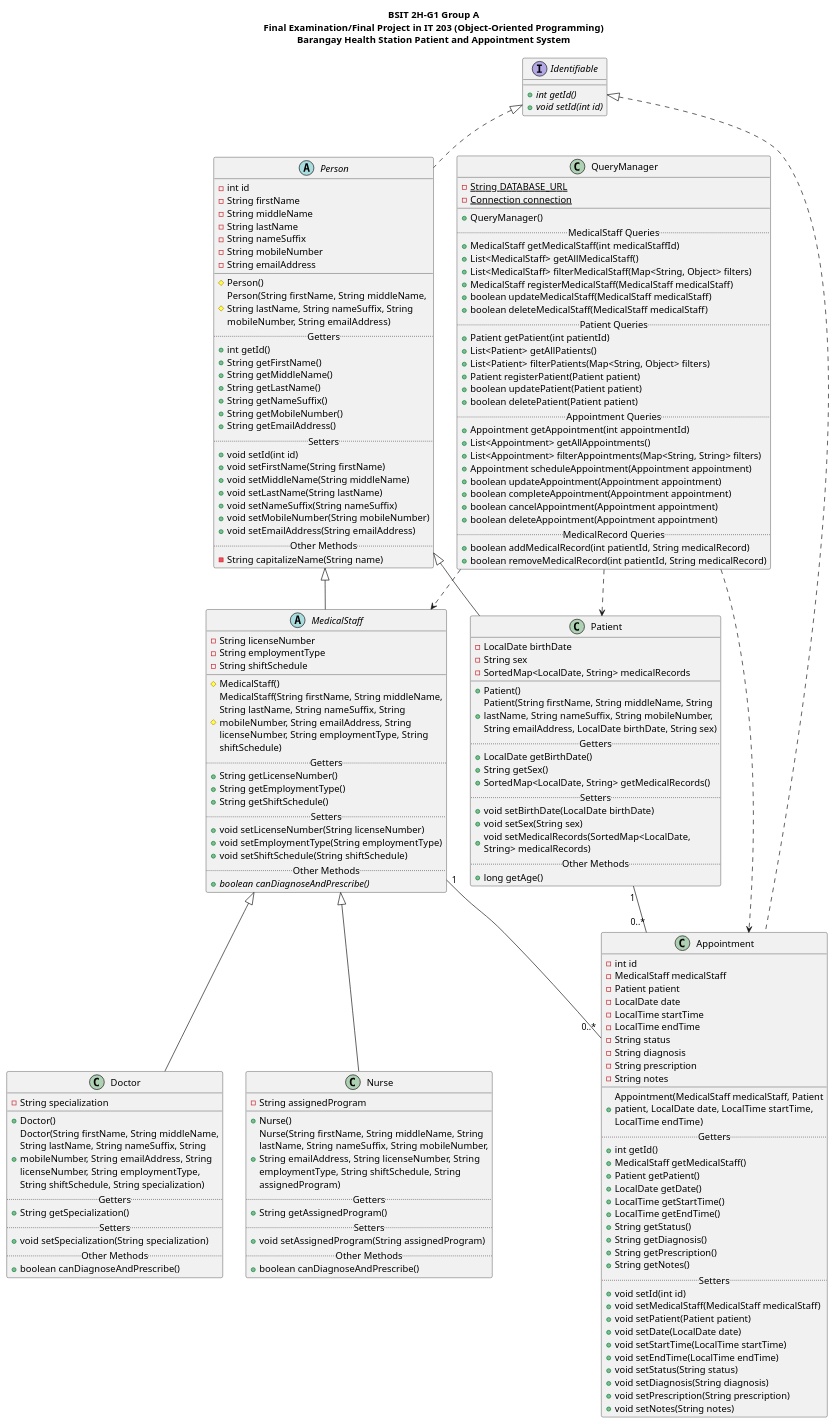
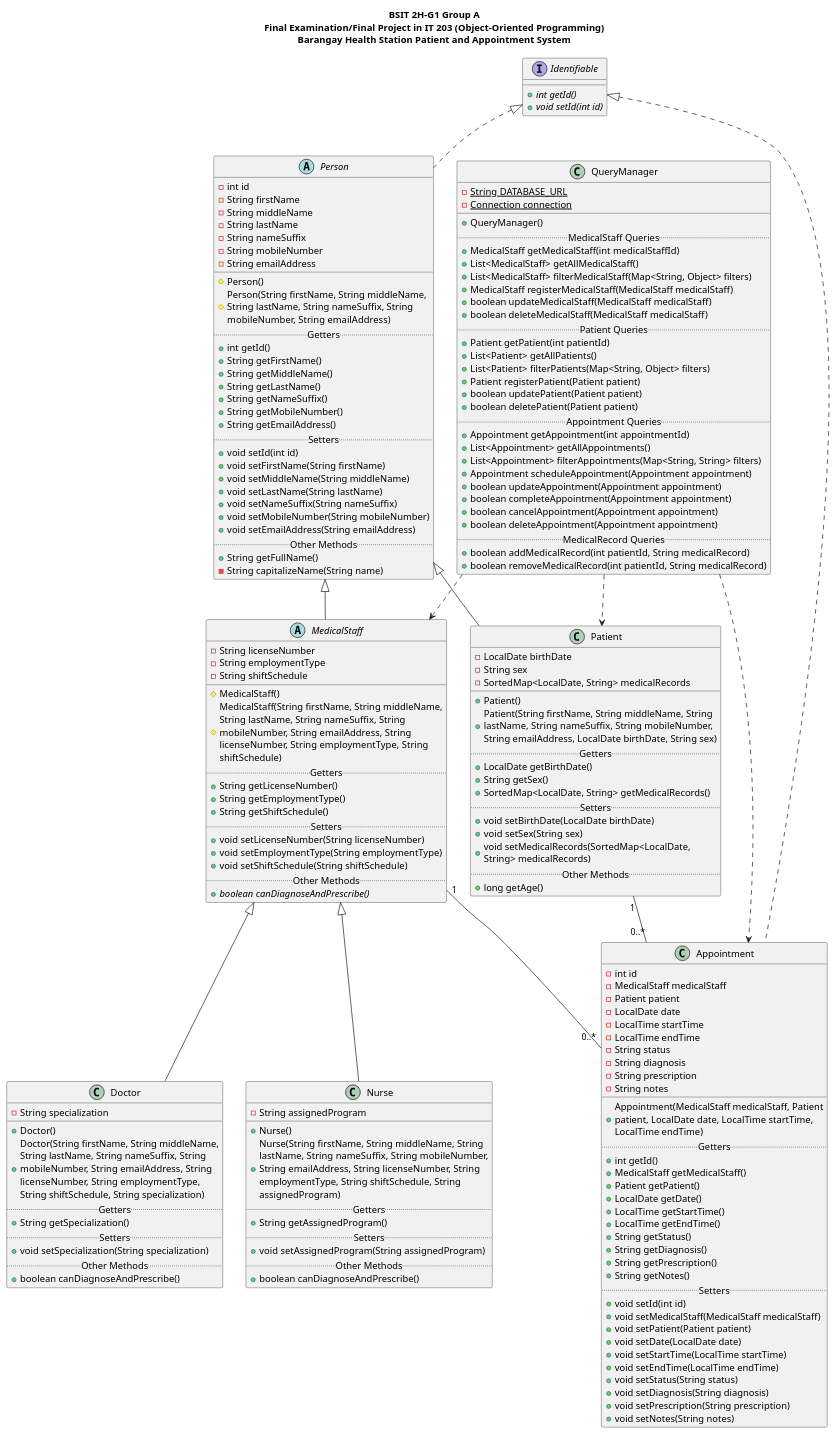
The diagram in misc/uml/barahspas.puml (jkarw7n/barahspas), drawn with PlantUML before and after one commit. The commit also changed 5 other files, not shown here.

```diff
--- a/misc/uml/barahspas.puml
+++ b/misc/uml/barahspas.puml
@@ -1,181 +1,182 @@
 @startuml BaraHSPAS
 
 title BSIT 2H-G1 Group A\nFinal Examination/Final Project in IT 203 (Object-Oriented Programming)\nBarangay Health Station Patient and Appointment System
 
 interface Identifiable {
     + {abstract} int getId()
     + {abstract} void setId(int id)
 }
 
 abstract class Person implements Identifiable {
     - int id
     - String firstName
     - String middleName
     - String lastName
     - String nameSuffix
     - String mobileNumber
     - String emailAddress
     __
     # Person()
     # Person(String firstName, String middleName,\nString lastName, String nameSuffix, String\nmobileNumber, String emailAddress)
     .. Getters ..
     + int getId()
     + String getFirstName()
     + String getMiddleName()
     + String getLastName()
     + String getNameSuffix()
     + String getMobileNumber()
     + String getEmailAddress()
     .. Setters ..
     + void setId(int id)
     + void setFirstName(String firstName)
     + void setMiddleName(String middleName)
     + void setLastName(String lastName)
     + void setNameSuffix(String nameSuffix)
     + void setMobileNumber(String mobileNumber)
     + void setEmailAddress(String emailAddress)
     .. Other Methods ..
+    + String getFullName()
     - String capitalizeName(String name)
 }
 
 abstract class MedicalStaff extends Person {
     - String licenseNumber
     - String employmentType
     - String shiftSchedule
     __
     # MedicalStaff()
     # MedicalStaff(String firstName, String middleName,\nString lastName, String nameSuffix, String\nmobileNumber, String emailAddress, String\nlicenseNumber, String employmentType, String\nshiftSchedule)
     .. Getters ..
     + String getLicenseNumber()
     + String getEmploymentType()
     + String getShiftSchedule()
     .. Setters ..
     + void setLicenseNumber(String licenseNumber)
     + void setEmploymentType(String employmentType)
     + void setShiftSchedule(String shiftSchedule)
     .. Other Methods ..
     + {abstract} boolean canDiagnoseAndPrescribe()
 }
 
 class Doctor extends MedicalStaff {
     - String specialization
     __
     + Doctor()
     + Doctor(String firstName, String middleName,\nString lastName, String nameSuffix, String\nmobileNumber, String emailAddress, String\nlicenseNumber, String employmentType,\nString shiftSchedule, String specialization)
     .. Getters ..
     + String getSpecialization()
     .. Setters ..
     + void setSpecialization(String specialization)
     .. Other Methods ..
     + boolean canDiagnoseAndPrescribe()
 }
 
 class Nurse extends MedicalStaff {
     - String assignedProgram
     __
     + Nurse()
     + Nurse(String firstName, String middleName, String\nlastName, String nameSuffix, String mobileNumber,\nString emailAddress, String licenseNumber, String\nemploymentType, String shiftSchedule, String\nassignedProgram)
     .. Getters ..
     + String getAssignedProgram()
     .. Setters ..
     + void setAssignedProgram(String assignedProgram)
     .. Other Methods ..
     + boolean canDiagnoseAndPrescribe()
 }
 
 class Patient extends Person {
     - LocalDate birthDate
     - String sex
     - SortedMap<LocalDate, String> medicalRecords
     __
     + Patient()
     + Patient(String firstName, String middleName, String\nlastName, String nameSuffix, String mobileNumber,\nString emailAddress, LocalDate birthDate, String sex)
     .. Getters ..
     + LocalDate getBirthDate()
     + String getSex()
     + SortedMap<LocalDate, String> getMedicalRecords()
     .. Setters ..
     + void setBirthDate(LocalDate birthDate)
     + void setSex(String sex)
     + void setMedicalRecords(SortedMap<LocalDate,\nString> medicalRecords)
     .. Other Methods ..
     + long getAge()
 }
 
 class Appointment implements Identifiable {
     - int id
     - MedicalStaff medicalStaff
     - Patient patient
     - LocalDate date
     - LocalTime startTime
     - LocalTime endTime
     - String status
     - String diagnosis
     - String prescription
     - String notes
     __
     + Appointment(MedicalStaff medicalStaff, Patient\npatient, LocalDate date, LocalTime startTime,\nLocalTime endTime)
     .. Getters ..
     + int getId()
     + MedicalStaff getMedicalStaff()
     + Patient getPatient()
     + LocalDate getDate()
     + LocalTime getStartTime()
     + LocalTime getEndTime()
     + String getStatus()
     + String getDiagnosis()
     + String getPrescription()
     + String getNotes()
     .. Setters ..
     + void setId(int id)
     + void setMedicalStaff(MedicalStaff medicalStaff)
     + void setPatient(Patient patient)
     + void setDate(LocalDate date)
     + void setStartTime(LocalTime startTime)
     + void setEndTime(LocalTime endTime)
     + void setStatus(String status)
     + void setDiagnosis(String diagnosis)
     + void setPrescription(String prescription)
     + void setNotes(String notes)
 }
 
 class QueryManager {
     - {static} String DATABASE_URL
     - {static} Connection connection
     __
     + QueryManager()
     .. MedicalStaff Queries ..
     + MedicalStaff getMedicalStaff(int medicalStaffId)
     + List<MedicalStaff> getAllMedicalStaff()
     + List<MedicalStaff> filterMedicalStaff(Map<String, Object> filters)
     + MedicalStaff registerMedicalStaff(MedicalStaff medicalStaff)
     + boolean updateMedicalStaff(MedicalStaff medicalStaff)
     + boolean deleteMedicalStaff(MedicalStaff medicalStaff)
     .. Patient Queries ..
     + Patient getPatient(int patientId)
     + List<Patient> getAllPatients()
     + List<Patient> filterPatients(Map<String, Object> filters)
     + Patient registerPatient(Patient patient)
     + boolean updatePatient(Patient patient)
     + boolean deletePatient(Patient patient)
     .. Appointment Queries ..
     + Appointment getAppointment(int appointmentId)
     + List<Appointment> getAllAppointments()
     + List<Appointment> filterAppointments(Map<String, String> filters)
     + Appointment scheduleAppointment(Appointment appointment)
     + boolean updateAppointment(Appointment appointment)
     + boolean completeAppointment(Appointment appointment)
     + boolean cancelAppointment(Appointment appointment)
     + boolean deleteAppointment(Appointment appointment)
     .. MedicalRecord Queries ..
     + boolean addMedicalRecord(int patientId, String medicalRecord)
     + boolean removeMedicalRecord(int patientId, String medicalRecord)
 }
 
 MedicalStaff "1" -- "0..*" Appointment
 Patient "1" -- "0..*" Appointment
 QueryManager ..> MedicalStaff
 QueryManager ..> Patient
 QueryManager ..> Appointment
 
 @enduml
```
